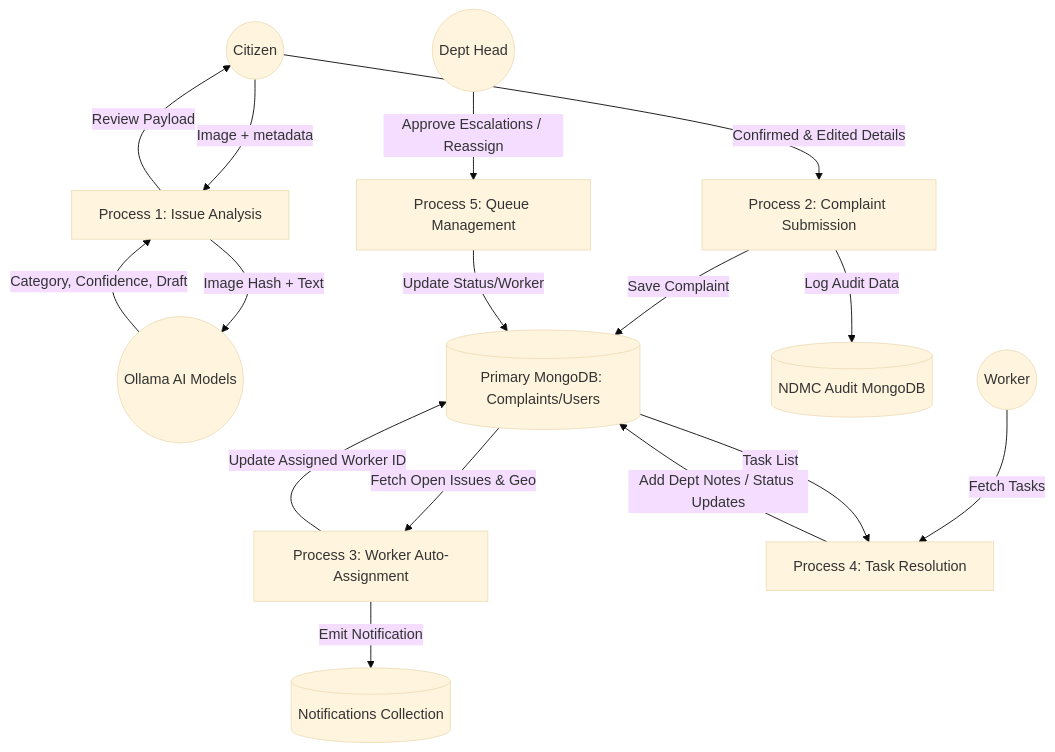
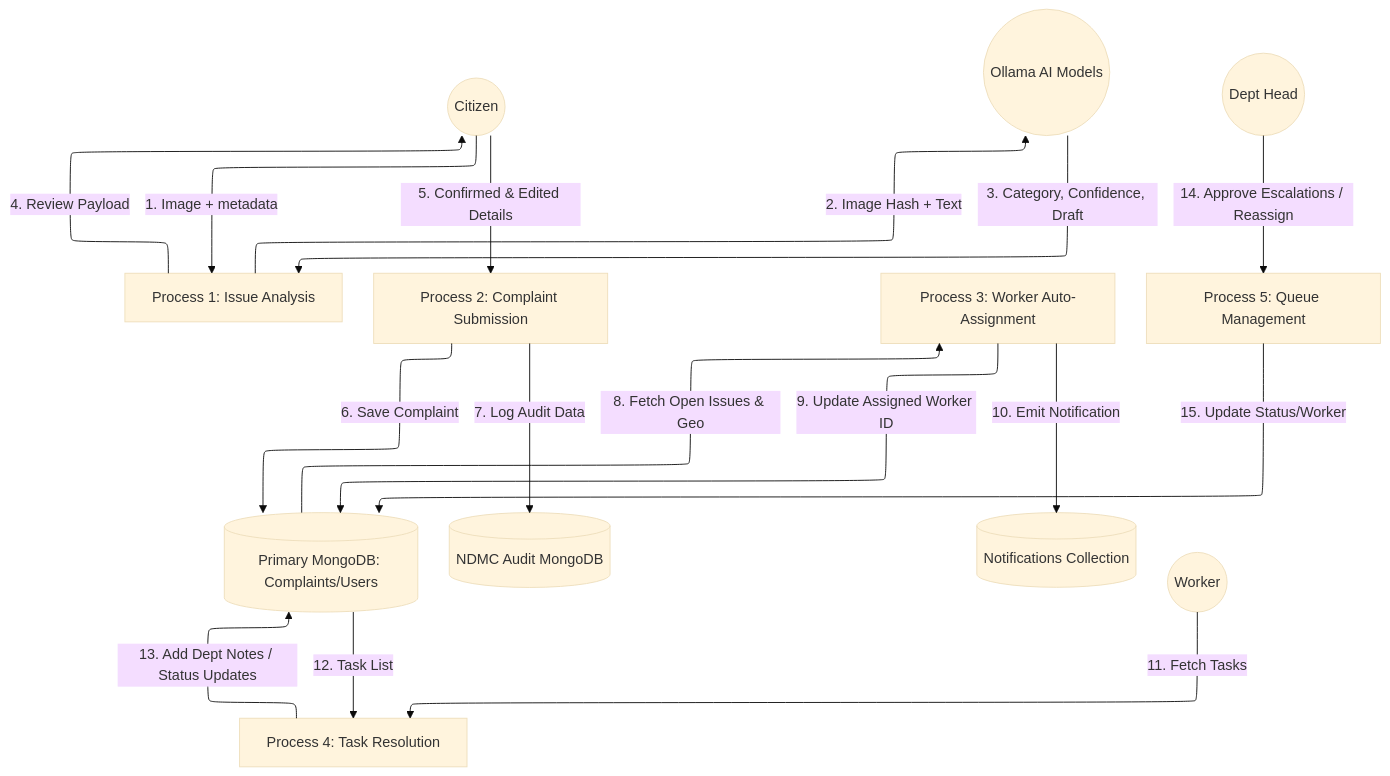
Before and after one commit to ark5234/Jan-Sunwai-AI: the eighth of 10 diagrams in docs/DIAGRAMS.md, drawn with Mermaid (base theme).

Commit message:
docs: add system architecture and design diagrams documentation

````diff
--- a/docs/DIAGRAMS.md
+++ b/docs/DIAGRAMS.md
@@ -286,23 +286,27 @@
 ```mermaid
-flowchart TD
-    Citizen((Citizen)) -->|Image + metadata| P1[Process 1: Issue Analysis]
-    P1 -->|Image Hash + Text| Ollama((Ollama AI Models))
-    Ollama -->|Category, Confidence, Draft| P1
+---
+config:
+  layout: elk
+---
+flowchart TB
+    Citizen(("Citizen")) -->|1. Image + metadata| P1["Process 1: Issue Analysis"]
+    P1 -->|2. Image Hash + Text| Ollama(("Ollama AI Models"))
+    Ollama -->|3. Category, Confidence, Draft| P1
     
-    P1 -->|Review Payload| Citizen
-    Citizen -->|Confirmed & Edited Details| P2[Process 2: Complaint Submission]
+    P1 -->|4. Review Payload| Citizen
+    Citizen -->|5. Confirmed & Edited Details| P2["Process 2: Complaint Submission"]
     
-    P2 -->|Save Complaint| DB[(Primary MongoDB: Complaints/Users)]
-    P2 -->|Log Audit Data| NDMC[(NDMC Audit MongoDB)]
+    P2 -->|6. Save Complaint| DB[("Primary MongoDB: Complaints/Users")]
+    P2 -->|7. Log Audit Data| NDMC[("NDMC Audit MongoDB")]
     
-    DB -->|Fetch Open Issues & Geo| P3[Process 3: Worker Auto-Assignment]
-    P3 -->|Update Assigned Worker ID| DB
-    P3 -->|Emit Notification| Notifications[(Notifications Collection)]
+    DB -->|8. Fetch Open Issues & Geo| P3["Process 3: Worker Auto-Assignment"]
+    P3 -->|9. Update Assigned Worker ID| DB
+    P3 -->|10. Emit Notification| Notifications[("Notifications Collection")]
     
-    Worker((Worker)) -->|Fetch Tasks| P4[Process 4: Task Resolution]
-    DB -->|Task List| P4
-    P4 -->|Add Dept Notes / Status Updates| DB
+    Worker(("Worker")) -->|11. Fetch Tasks| P4["Process 4: Task Resolution"]
+    DB -->|12. Task List| P4
+    P4 -->|13. Add Dept Notes / Status Updates| DB
     
-    DeptHead((Dept Head)) -->|Approve Escalations / Reassign| P5[Process 5: Queue Management]
-    P5 -->|Update Status/Worker| DB
+    DeptHead(("Dept Head")) -->|14. Approve Escalations / Reassign| P5["Process 5: Queue Management"]
+    P5 -->|15. Update Status/Worker| DB
 ```
````
